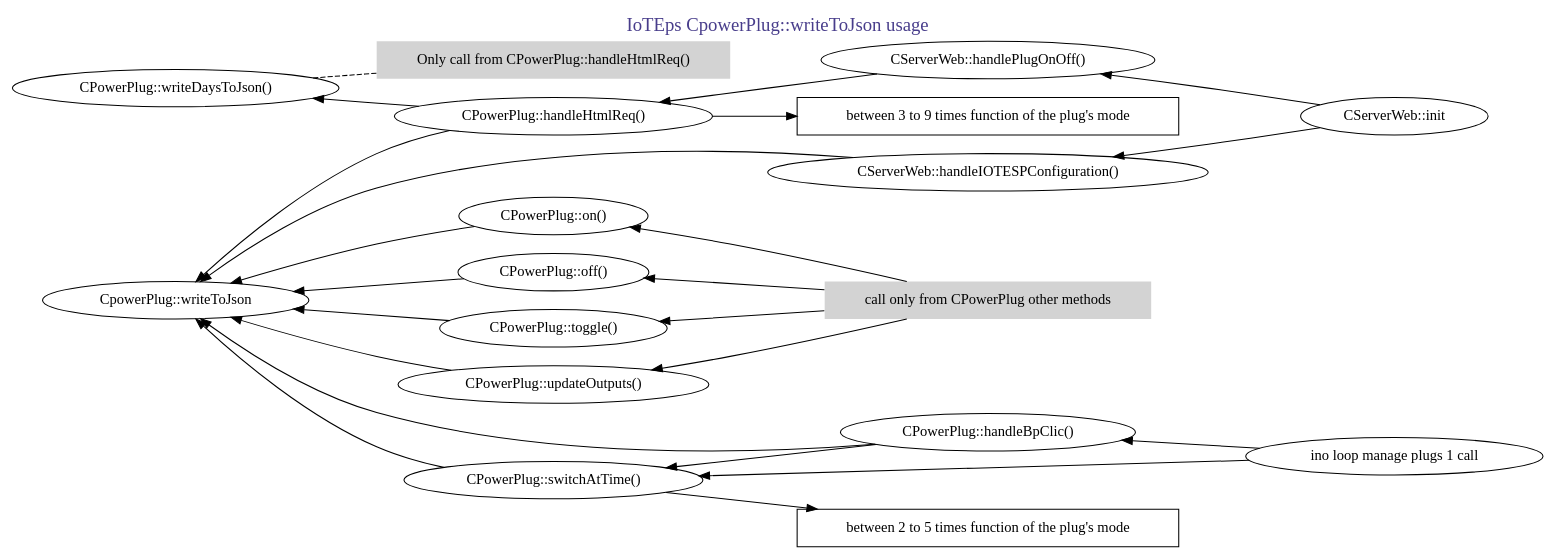
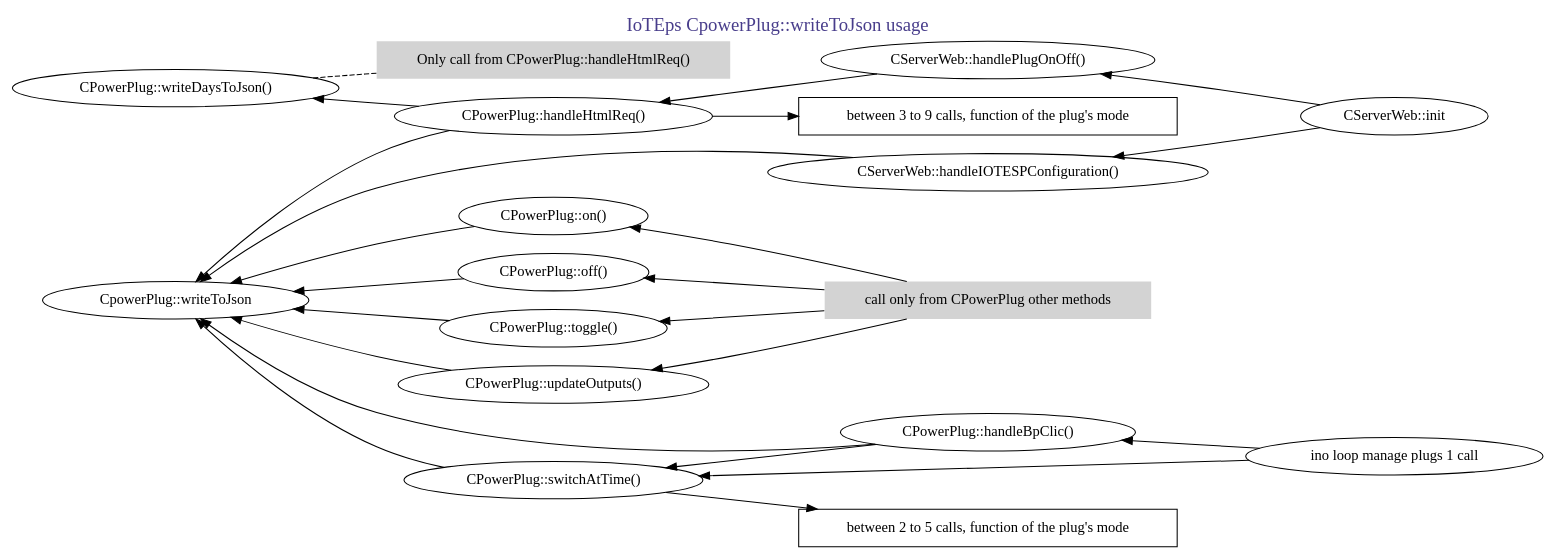
Before and after one commit to volab/IoT_EPS: the diagram in _1_userDoc/source/graphviz/CPowerPlugWrites.gv, drawn with Graphviz. The commit also changed 10 other files, not shown here.

Commit message:
Documentation de la partie écriture json avec graph uml

```diff
--- a/_1_userDoc/source/graphviz/CPowerPlugWrites.gv
+++ b/_1_userDoc/source/graphviz/CPowerPlugWrites.gv
@@ -1,58 +1,58 @@
 digraph config4writeFromCPlug {
     label="IoTEps CpowerPlug::writeToJson usage"
     fontsize=18
     fontcolor=darkslateblue
     labelloc="t"
     rankdir="LR"
 #    layout="twopi"
 #    ratio=auto;
 #    ranksep=1.8
 #   compound=true
 #   constraint=true (dot only)
 #   overlap=false
 
     
     node [style=filled  shape=none ]
     "Only call from CPowerPlug::handleHtmlReq()"
     "call only from CPowerPlug other methods"
 
     node [style=none shape=ellipse]
 
 #54 occurences
     "CpowerPlug::writeToJson" -> {
         "CServerWeb::handleIOTESPConfiguration()"
         "CPowerPlug::on()"
         "CPowerPlug::off()"
         "CPowerPlug::toggle()"
         "CPowerPlug::updateOutputs()"
         "CPowerPlug::handleHtmlReq()"
         "CPowerPlug::switchAtTime()"
         "CPowerPlug::handleBpClic()"
     }[dir=back]
 
     "CPowerPlug::writeDaysToJson()" -> "CPowerPlug::handleHtmlReq()"[dir=back]
     "CPowerPlug::writeDaysToJson()" -> "Only call from CPowerPlug::handleHtmlReq()"[arrowhead=none dir=back arrowtail=none style=dashed]
 
     "CPowerPlug::handleHtmlReq()" -> "CServerWeb::handlePlugOnOff()" -> "CServerWeb::init"[dir=back]
     "CPowerPlug::switchAtTime()" -> "CPowerPlug::handleBpClic()"->"ino loop manage plugs 1 call"[dir=back]
     "CPowerPlug::switchAtTime()" ->"ino loop manage plugs 1 call"[dir=back]
 
     node[shape=rect]
     {
         "CPowerPlug::on()"
         "CPowerPlug::off()"
         "CPowerPlug::toggle()"
         "CPowerPlug::updateOutputs()"
     } -> "call only from CPowerPlug other methods"[dir=back]
-    "CPowerPlug::handleHtmlReq()" -> "between 3 to 9 times function of the plug's mode"
-    "CPowerPlug::switchAtTime()" -> "between 2 to 5 times function of the plug's mode"
+    "CPowerPlug::handleHtmlReq()" -> "between 3 to 9 calls, function of the plug's mode"
+    "CPowerPlug::switchAtTime()" -> "between 2 to 5 calls, function of the plug's mode"
 
     
 
 
     "CServerWeb::handleIOTESPConfiguration()" -> "CServerWeb::init"[dir=back]
 
 
 
 
 }
```
